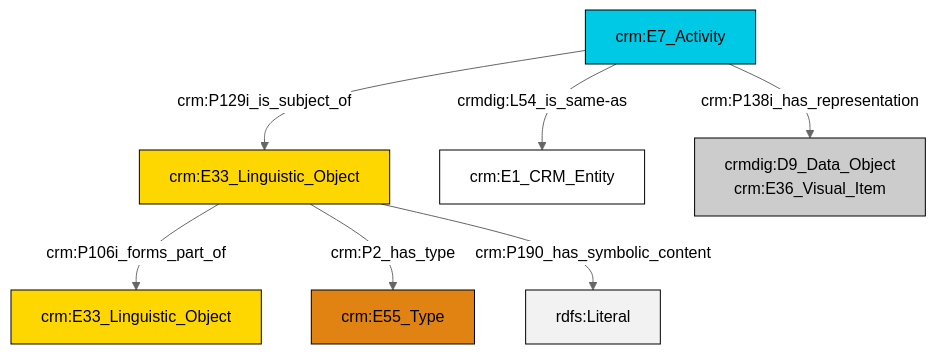
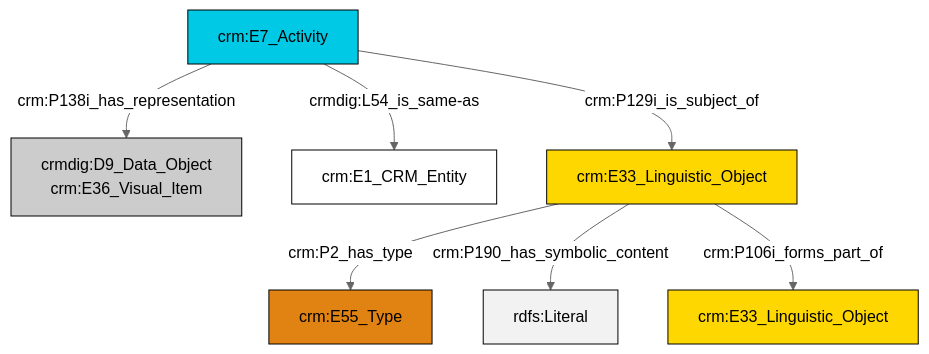
The diagram in et/eventCSV/ttl/mmd/event_documentation.ttl.mmd (swiss-art-research-net/reference-data-models), drawn with Mermaid (neutral theme) before and after one commit. The commit also changed 128 other files, not shown here.

```diff
--- a/et/eventCSV/ttl/mmd/event_documentation.ttl.mmd
+++ b/et/eventCSV/ttl/mmd/event_documentation.ttl.mmd
@@ -1,21 +1,21 @@
 graph TD
 classDef Literal fill:#f2f2f2,stroke:#000000;
 classDef CRM_Entity fill:#FFFFFF,stroke:#000000;
 classDef Temporal_Entity fill:#00C9E6, stroke:#000000;
 classDef Type fill:#E18312, stroke:#000000;
 classDef Time-Span fill:#2C9C91, stroke:#000000;
 classDef Appellation fill:#FFEB7F, stroke:#000000;
 classDef Place fill:#008836, stroke:#000000;
 classDef Persistent_Item fill:#B266B2, stroke:#000000;
 classDef Conceptual_Object fill:#FFD700, stroke:#000000;
 classDef Physical_Thing fill:#D2B48C, stroke:#000000;
 classDef Actor fill:#f58aad, stroke:#000000;
 classDef PC_Classes fill:#4ce600, stroke:#000000;
 classDef Multi fill:#cccccc,stroke:#000000;
 
-2["crm:E7_Activity"]:::Temporal_Entity -->|crmdig:L54_is_same-as| 3["crm:E1_CRM_Entity"]:::CRM_Entity
-0["crm:E33_Linguistic_Object"]:::Conceptual_Object -->|crm:P106i_forms_part_of| 4["crm:E33_Linguistic_Object"]:::Conceptual_Object
-2["crm:E7_Activity"]:::Temporal_Entity -->|crm:P138i_has_representation| 5["crmdig:D9_Data_Object<br>crm:E36_Visual_Item"]:::Multi
-2["crm:E7_Activity"]:::Temporal_Entity -->|crm:P129i_is_subject_of| 0["crm:E33_Linguistic_Object"]:::Conceptual_Object
-0["crm:E33_Linguistic_Object"]:::Conceptual_Object -->|crm:P2_has_type| 8["crm:E55_Type"]:::Type
-0["crm:E33_Linguistic_Object"]:::Conceptual_Object -->|crm:P190_has_symbolic_content| 13[rdfs:Literal]:::Literal
+7["crm:E7_Activity"]:::Temporal_Entity -->|crmdig:L54_is_same-as| 4["crm:E1_CRM_Entity"]:::CRM_Entity
+11["crm:E33_Linguistic_Object"]:::Conceptual_Object -->|crm:P2_has_type| 0["crm:E55_Type"]:::Type
+11["crm:E33_Linguistic_Object"]:::Conceptual_Object -->|crm:P190_has_symbolic_content| 13[rdfs:Literal]:::Literal
+7["crm:E7_Activity"]:::Temporal_Entity -->|crm:P129i_is_subject_of| 11["crm:E33_Linguistic_Object"]:::Conceptual_Object
+7["crm:E7_Activity"]:::Temporal_Entity -->|crm:P138i_has_representation| 2["crmdig:D9_Data_Object<br>crm:E36_Visual_Item"]:::Multi
+11["crm:E33_Linguistic_Object"]:::Conceptual_Object -->|crm:P106i_forms_part_of| 8["crm:E33_Linguistic_Object"]:::Conceptual_Object
```
